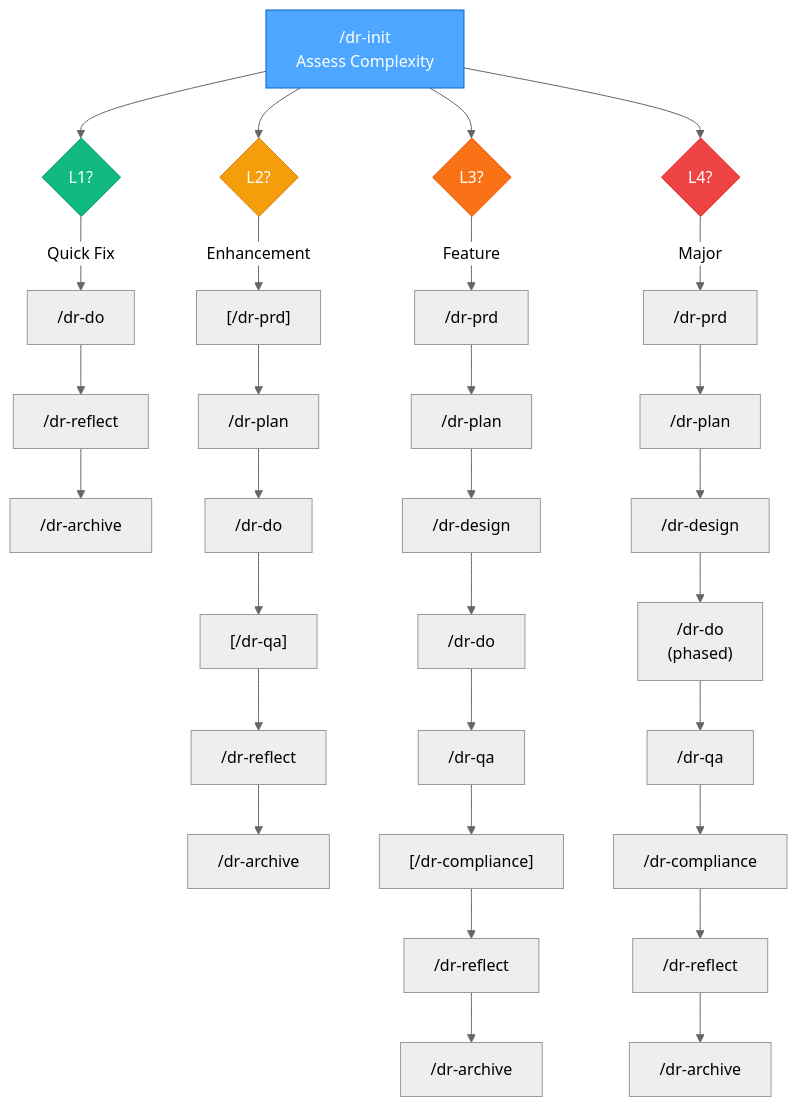
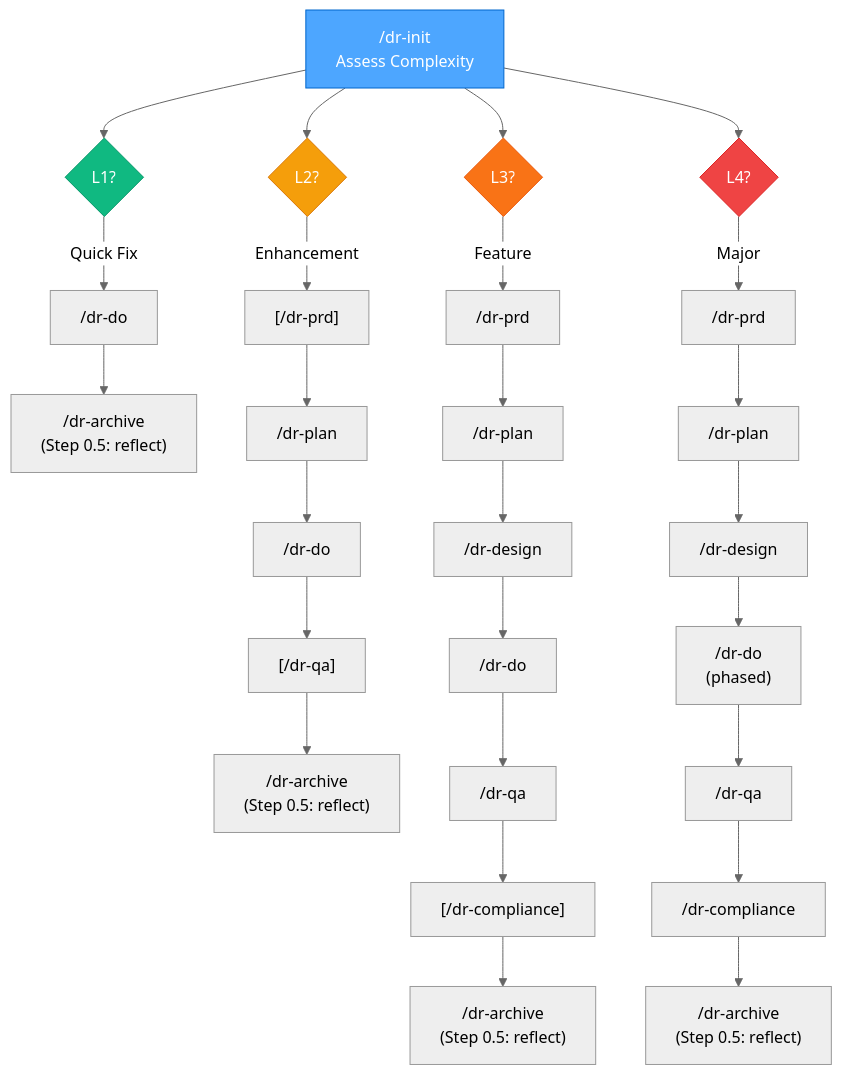
The diagram in skills/visual-maps/pipeline-routing.md (Arcanada-one/datarim), drawn with Mermaid (neutral theme) before and after one commit. The commit also changed other lines of this file and 3 other files, not shown here.

First line of the commit message:
TUNE-0013 Phase 3: regenerate 4 visual-maps mermaid diagrams

````diff
--- a/skills/visual-maps/pipeline-routing.md
+++ b/skills/visual-maps/pipeline-routing.md
@@ -3,42 +3,38 @@
 ```mermaid
 graph TD
     Init["/dr-init<br>Assess Complexity"] --> L1{"L1?"}
     Init --> L2{"L2?"}
     Init --> L3{"L3?"}
     Init --> L4{"L4?"}
 
     L1 -->|"Quick Fix"| Do1["/dr-do"]
-    Do1 --> Reflect1["/dr-reflect"]
-    Reflect1 --> Archive1["/dr-archive"]
+    Do1 --> Archive1["/dr-archive<br>(Step 0.5: reflect)"]
 
     L2 -->|"Enhancement"| PRD2["[/dr-prd]"]
     PRD2 --> Plan2["/dr-plan"]
     Plan2 --> Do2["/dr-do"]
     Do2 --> QA2["[/dr-qa]"]
-    QA2 --> Reflect2["/dr-reflect"]
-    Reflect2 --> Archive2["/dr-archive"]
+    QA2 --> Archive2["/dr-archive<br>(Step 0.5: reflect)"]
 
     L3 -->|"Feature"| PRD3["/dr-prd"]
     PRD3 --> Plan3["/dr-plan"]
     Plan3 --> Design3["/dr-design"]
     Design3 --> Do3["/dr-do"]
     Do3 --> QA3["/dr-qa"]
     QA3 --> Compliance3["[/dr-compliance]"]
-    Compliance3 --> Reflect3["/dr-reflect"]
-    Reflect3 --> Archive3["/dr-archive"]
+    Compliance3 --> Archive3["/dr-archive<br>(Step 0.5: reflect)"]
 
     L4 -->|"Major"| PRD4["/dr-prd"]
     PRD4 --> Plan4["/dr-plan"]
     Plan4 --> Design4["/dr-design"]
     Design4 --> Do4["/dr-do<br>(phased)"]
     Do4 --> QA4["/dr-qa"]
     QA4 --> Comp4["/dr-compliance"]
-    Comp4 --> Reflect4["/dr-reflect"]
-    Reflect4 --> Archive4["/dr-archive"]
+    Comp4 --> Archive4["/dr-archive<br>(Step 0.5: reflect)"]
 
     style Init fill:#4da6ff,stroke:#0066cc,color:white
     style L1 fill:#10b981,stroke:#059669,color:white
     style L2 fill:#f59e0b,stroke:#d97706,color:white
     style L3 fill:#f97316,stroke:#ea580c,color:white
     style L4 fill:#ef4444,stroke:#dc2626,color:white
 ```
````
